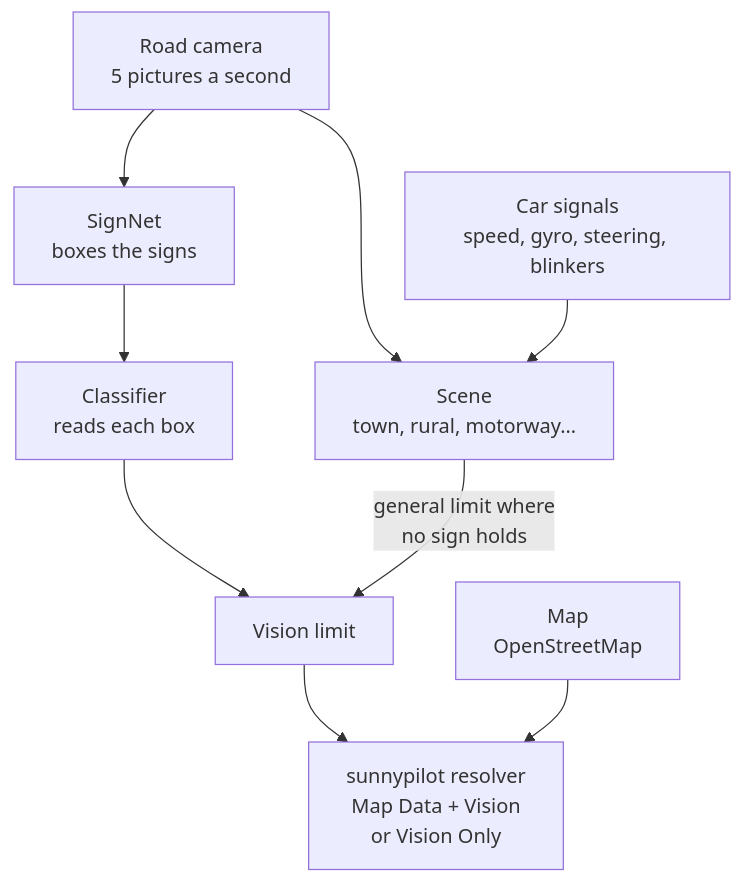
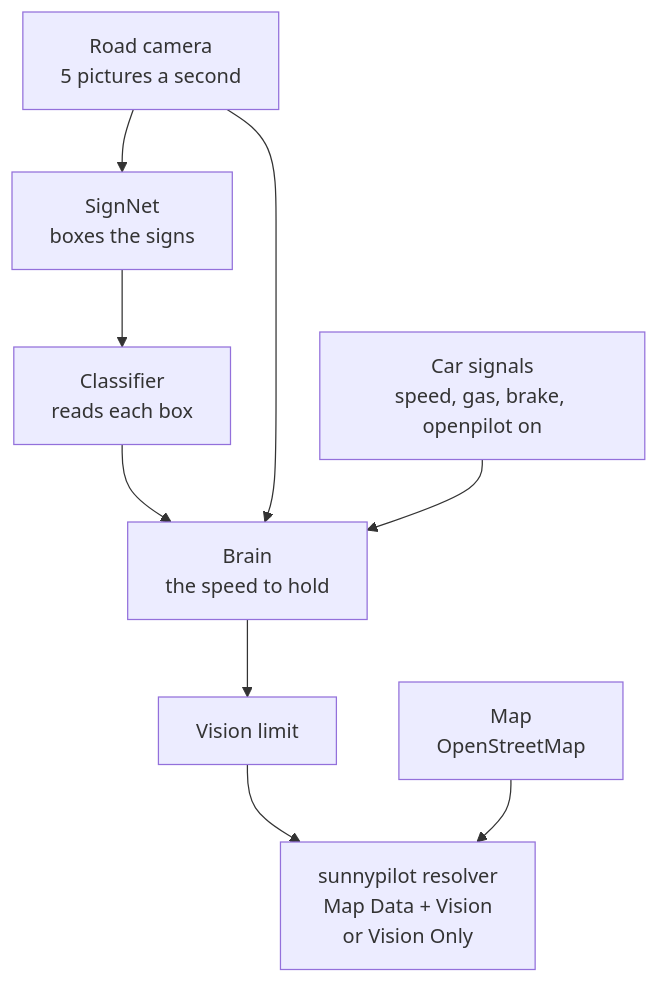
The third of 3 diagrams in README.md (cristianku/sunnypilot.speedlimits), drawn with Mermaid before and after one commit. The commit also changed other lines of this file and 54 other files, not shown here.

First line of the commit message:
The scene network goes from the portal: the brain decides, the map only reads the limits

````diff
--- a/README.md
+++ b/README.md
@@ -67,11 +67,11 @@
 ```mermaid
 flowchart TD
   cam["Road camera<br/>5 pictures a second"] --> sn["SignNet<br/>boxes the signs"]
   sn --> cl["Classifier<br/>reads each box"]
-  cl --> lim["Vision limit"]
-  cam --> rt["Scene<br/>town, rural, motorway…"]
-  sig["Car signals<br/>speed, gyro, steering, blinkers"] --> rt
-  rt -->|"general limit where<br/>no sign holds"| lim
+  cl --> br["Brain<br/>the speed to hold"]
+  cam --> br
+  sig["Car signals<br/>speed, gas, brake, openpilot on"] --> br
+  br --> lim["Vision limit"]
   lim --> res["sunnypilot resolver<br/>Map Data + Vision<br/>or Vision Only"]
   osm["Map<br/>OpenStreetMap"] --> res
 ```
````
